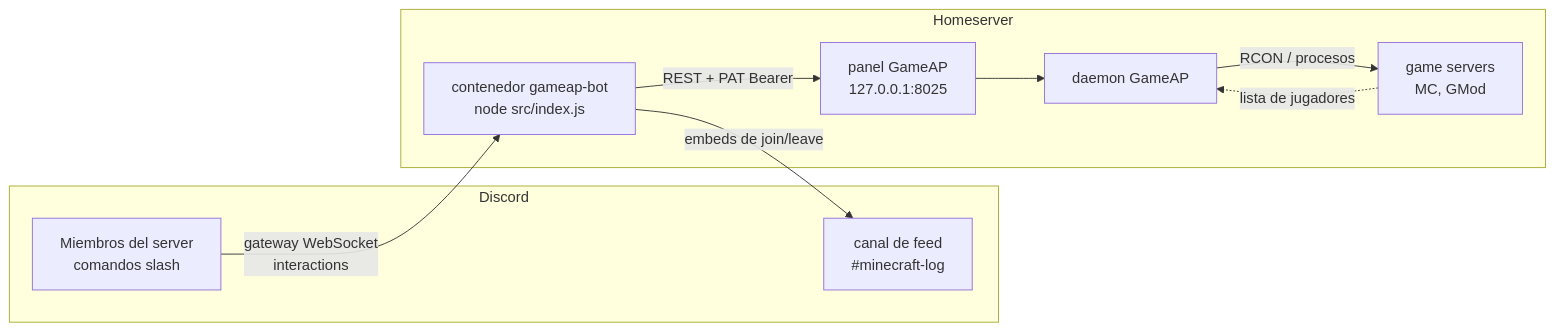
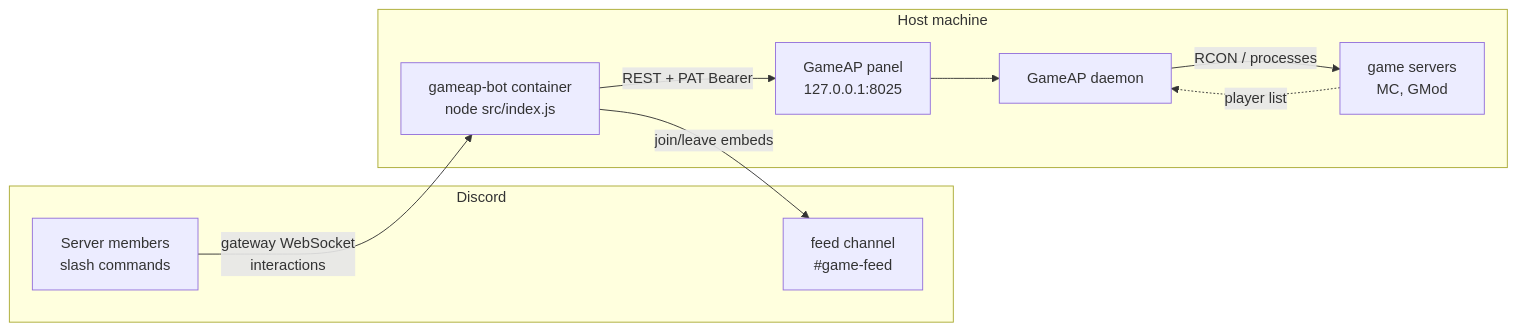
Before and after one commit to neyzerth/gameap-discord: the diagram in docs/README.md, drawn with Mermaid. The commit also changed other lines of this file and 37 other files, not shown here.

````diff
--- a/docs/README.md
+++ b/docs/README.md
@@ -19,21 +23,21 @@
 ```mermaid
 flowchart LR
   subgraph DISCORD["Discord"]
-    U["Miembros del server<br/>comandos slash"]
-    CH["canal de feed<br/>#minecraft-log"]
+    U["Server members<br/>slash commands"]
+    CH["feed channel<br/>#game-feed"]
   end
 
-  subgraph HOST["Homeserver"]
-    BOT["contenedor gameap-bot<br/>node src/index.js"]
-    PANEL["panel GameAP<br/>127.0.0.1:8025"]
-    DAEMON["daemon GameAP"]
+  subgraph HOST["Host machine"]
+    BOT["gameap-bot container<br/>node src/index.js"]
+    PANEL["GameAP panel<br/>127.0.0.1:8025"]
+    DAEMON["GameAP daemon"]
     SRV["game servers<br/>MC, GMod"]
   end
 
   U -- "gateway WebSocket<br/>interactions" --> BOT
   BOT -- "REST + PAT Bearer" --> PANEL
   PANEL --> DAEMON
-  DAEMON -- "RCON / procesos" --> SRV
-  SRV -. "lista de jugadores" .-> DAEMON
-  BOT -- "embeds de join/leave" --> CH
+  DAEMON -- "RCON / processes" --> SRV
+  SRV -. "player list" .-> DAEMON
+  BOT -- "join/leave embeds" --> CH
 ```
````
